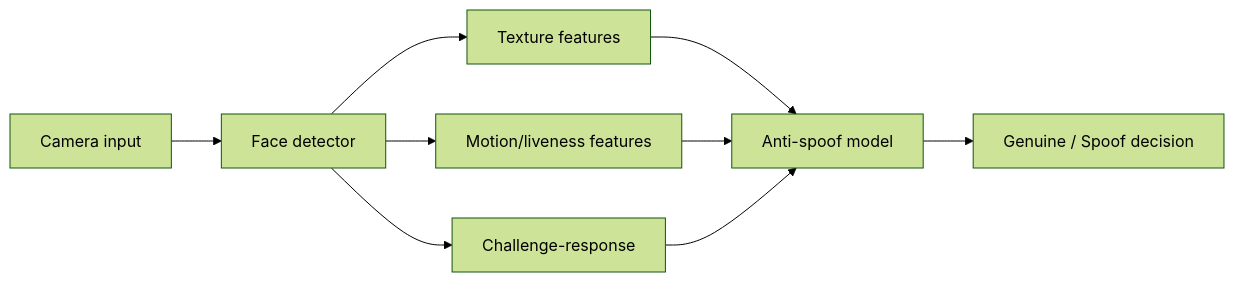
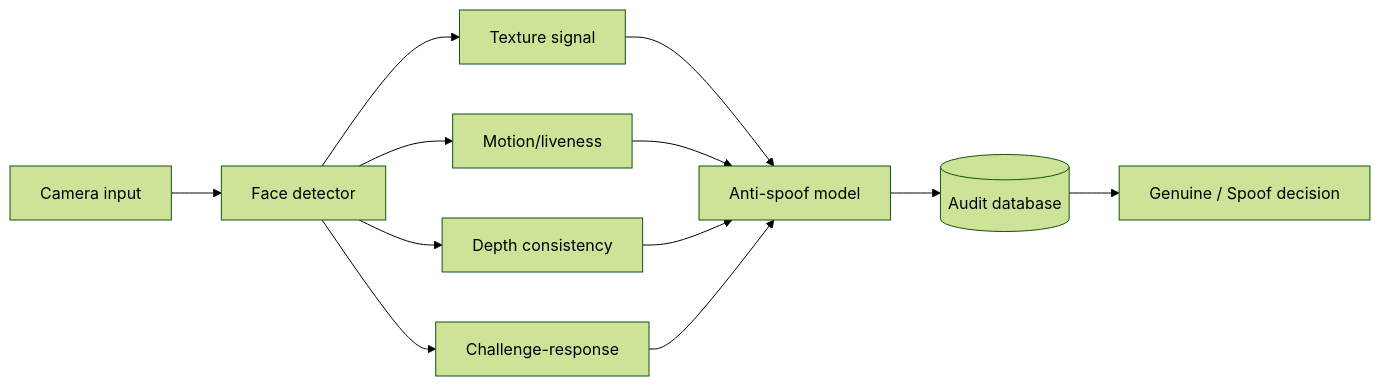
One commit to rsswethaa/anti-spoofing-system changed the diagram in README.md. Above: the diagram before and after it, drawn with Mermaid (forest theme). The commit also changed other lines of this file and 12 other files, not shown here.

Commit message:
Add audit database, threat model and complete project documentation

````diff
--- a/README.md
+++ b/README.md
@@ -14,11 +17,14 @@
 ```mermaid
 flowchart LR
   C[Camera input] --> F[Face detector]
-  F --> T[Texture features]
-  F --> M[Motion/liveness features]
+  F --> T[Texture signal]
+  F --> M[Motion/liveness]
+  F --> D[Depth consistency]
   F --> R[Challenge-response]
   T --> S[Anti-spoof model]
   M --> S
+  D --> S
   R --> S
-  S --> D[Genuine / Spoof decision]
+  S --> DB[(Audit database)]
+  DB --> O[Genuine / Spoof decision]
 ```
````
